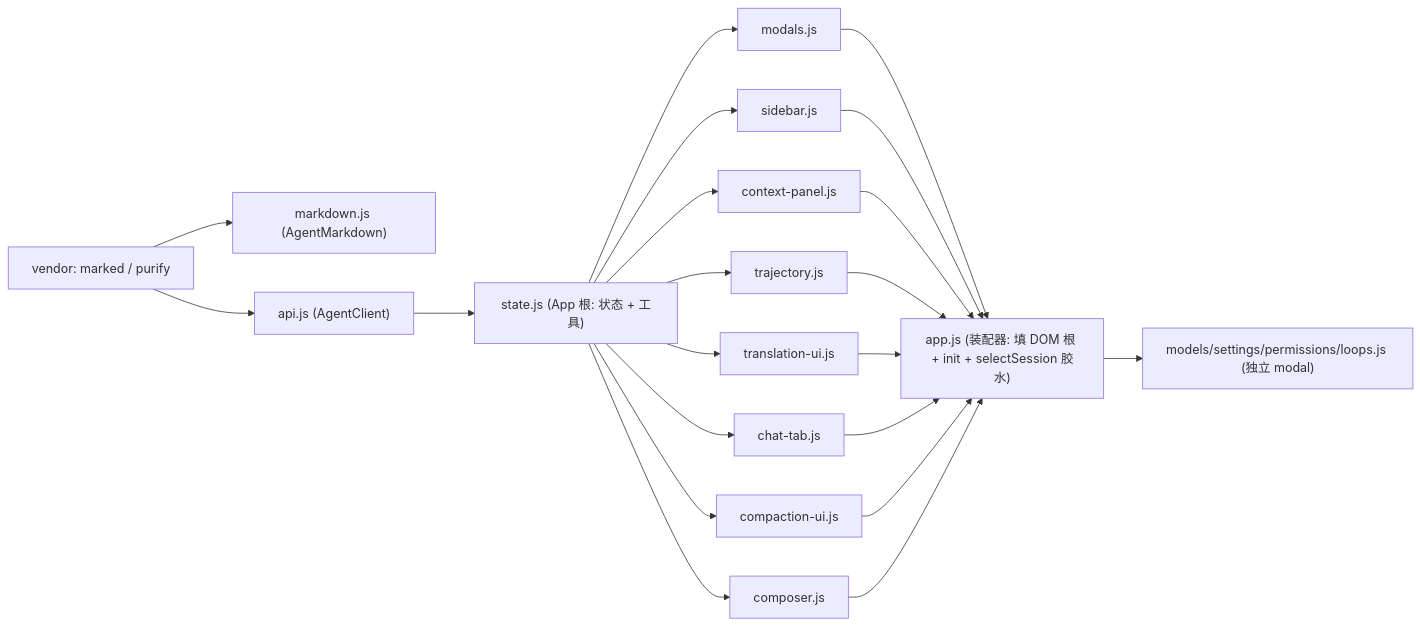
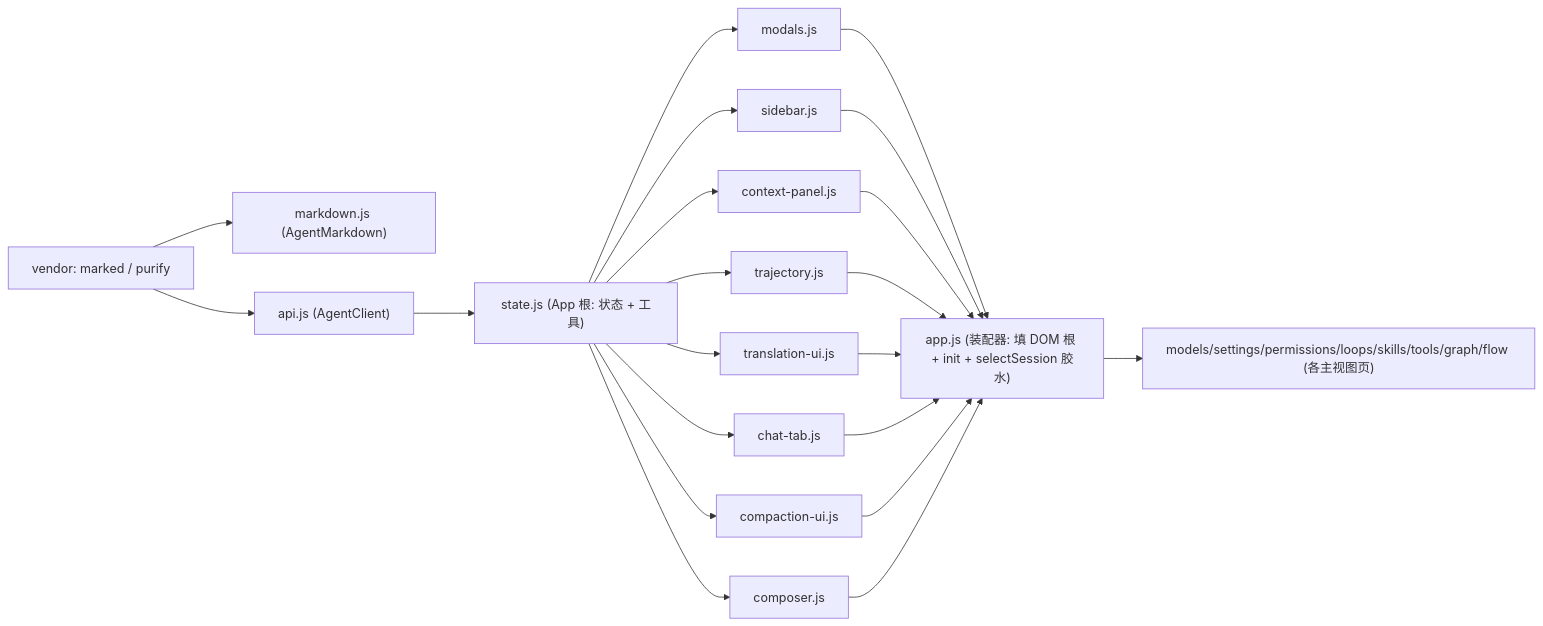
The first of 2 diagrams in docs/ui/ui.md (wingdever/agent), drawn with Mermaid before and after one commit. The commit also changed other lines of this file and 68 other files, not shown here.

````diff
--- a/docs/ui/ui.md
+++ b/docs/ui/ui.md
@@ -793,23 +932,23 @@
 ```mermaid
 graph LR
     V["vendor: marked / purify"] --> MD["markdown.js (AgentMarkdown)"]
     V --> API["api.js (AgentClient)"]
     API --> ST["state.js (App 根: 状态 + 工具)"]
     ST --> M["modals.js"]
     ST --> SB["sidebar.js"]
     ST --> CP["context-panel.js"]
     ST --> TR["trajectory.js"]
     ST --> TU["translation-ui.js"]
     ST --> CT["chat-tab.js"]
     ST --> CU["compaction-ui.js"]
     ST --> CO["composer.js"]
     M --> APP["app.js (装配器: 填 DOM 根 + init + selectSession 胶水)"]
     SB --> APP
     CP --> APP
     TR --> APP
     TU --> APP
     CT --> APP
     CU --> APP
     CO --> APP
-    APP --> MD2["models/settings/permissions/loops.js (独立 modal)"]
+    APP --> MD2["models/settings/permissions/loops/skills/tools/graph/flow (各主视图页)"]
 ```
````
